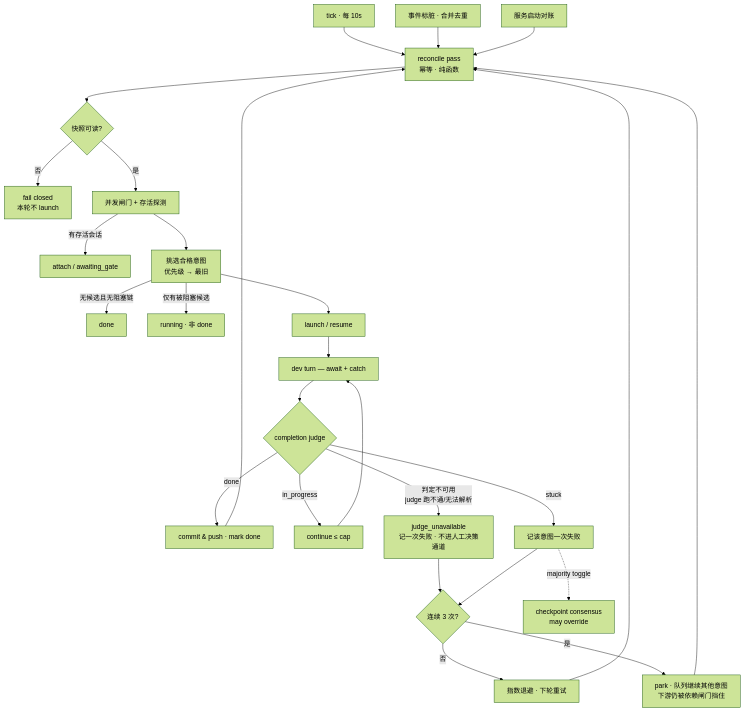
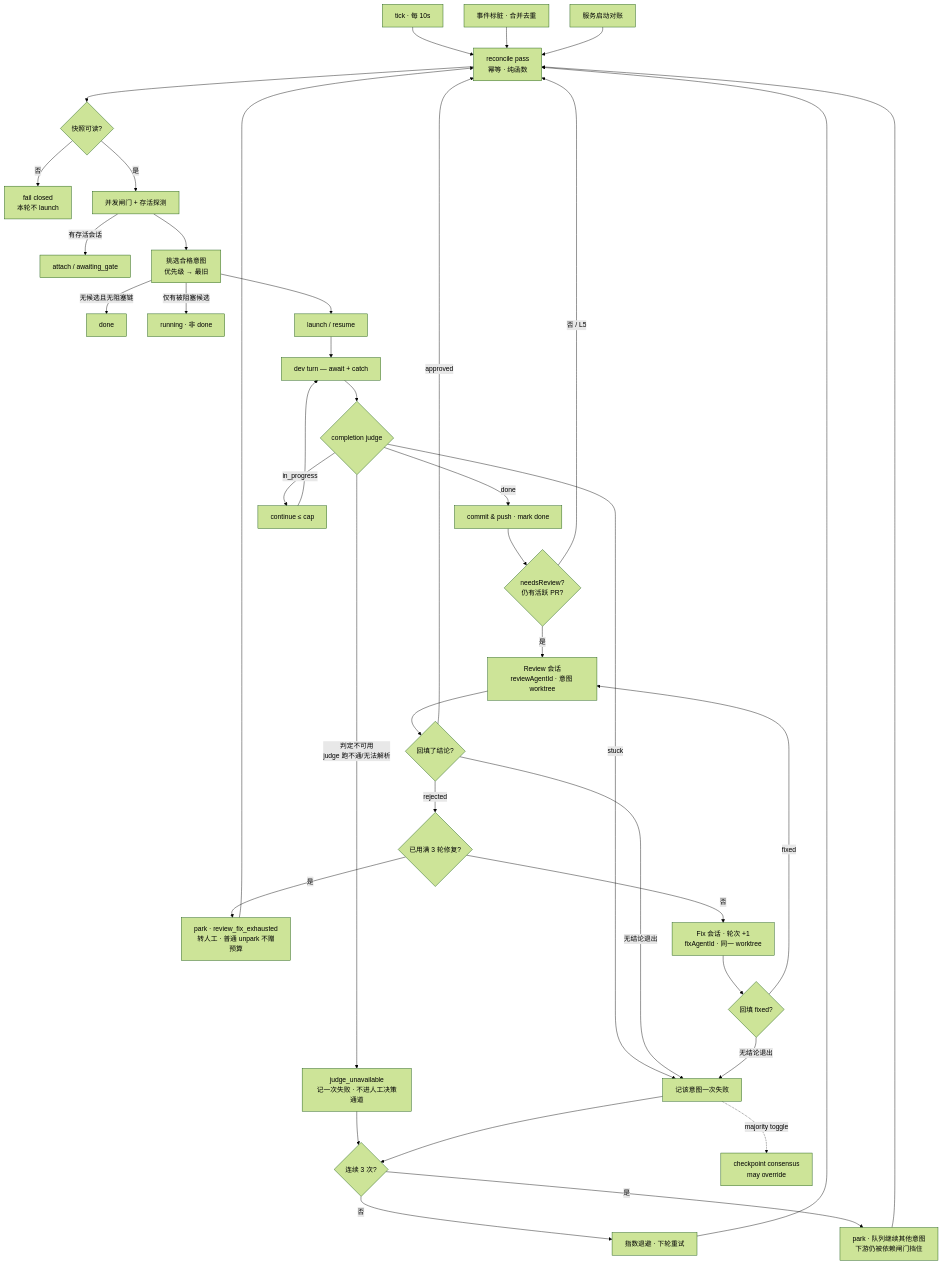
The diagram in doc/flows/flow-automation-orchestrator.md (sequencestream/c3), drawn with Mermaid (forest theme) before and after one commit. The commit also changed other lines of this file and 30 other files, not shown here.

````diff
--- a/doc/flows/flow-automation-orchestrator.md
+++ b/doc/flows/flow-automation-orchestrator.md
@@ -21,29 +22,41 @@
 ```mermaid
 flowchart TD
     T1[tick · 每 10s] --> P
     T2[事件标脏 · 合并去重] --> P
     T3[服务启动对账] --> P
     P[reconcile pass<br/>幂等 · 纯函数] --> SNAP{快照可读?}
     SNAP -- 否 --> FC[fail closed<br/>本轮不 launch]
     SNAP -- 是 --> GATE[并发闸门 + 存活探测]
     GATE -- 有存活会话 --> ATT[attach / awaiting_gate]
     GATE --> PICK[挑选合格意图<br/>优先级 → 最旧]
     PICK -- 无候选且无阻塞链 --> DONE[done]
     PICK -- 仅有被阻塞候选 --> RUN[running · 非 done]
     PICK --> ACT[launch / resume]
     ACT --> DEVT[dev turn — await + catch]
     DEVT --> J{completion judge}
     J -- done --> CP[commit & push · mark done]
     J -- in_progress --> CONT[continue ≤ cap]
     J -- stuck --> FAIL[记该意图一次失败]
     J -- 判定不可用<br/>judge 跑不通/无法解析 --> FAILU[judge_unavailable<br/>记一次失败 · 不进人工决策通道]
     CONT --> DEVT
     FAILU --> BO
     FAIL --> BO{连续 3 次?}
     BO -- 否 --> BACK[指数退避 · 下轮重试]
     BO -- 是 --> PARK[park · 队列继续其他意图<br/>下游仍被依赖闸门挡住]
-    CP --> P
+    CP --> RL{needsReview?<br/>仍有活跃 PR?}
+    RL -- 否 / L5 --> P
+    RL -- 是 --> REV[Review 会话<br/>reviewAgentId · 意图 worktree]
+    REV --> RS{回填了结论?}
+    RS -- 无结论退出 --> FAIL
+    RS -- approved --> P
+    RS -- rejected --> RB{已用满 3 轮修复?}
+    RB -- 是 --> PARKX[park · review_fix_exhausted<br/>转人工 · 普通 unpark 不赠预算]
+    RB -- 否 --> FIX[Fix 会话 · 轮次 +1<br/>fixAgentId · 同一 worktree]
+    FIX --> FS{回填 fixed?}
+    FS -- 无结论退出 --> FAIL
+    FS -- fixed --> REV
     BACK --> P
     PARK --> P
+    PARKX --> P
     FAIL -. majority toggle .-> CC[checkpoint consensus<br/>may override]
 ```
````
